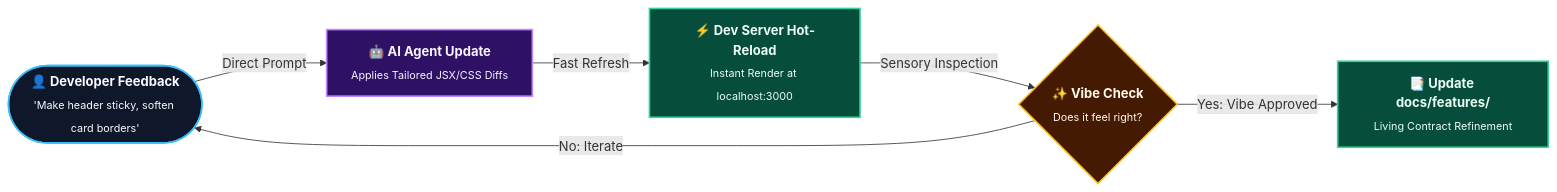
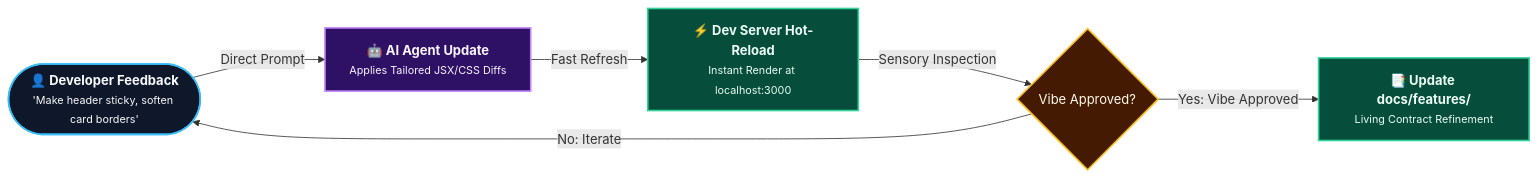
Before and after one commit to rmsofficialsyt/Agentic-AI-Vibe-Coding-AND-SDD-TDD-Codebase-Chandan-Adhikary: the second of 3 diagrams in Vibe-Coding-Chandan-Adhikary/Vibe-Coding/README.md, drawn with Mermaid. The commit also changed other lines of this file and 27 other files, not shown here.

Commit message:
docs: resolve text overlap and scattering across all diagrams via semantic typography and layout contracts

````diff
--- a/Vibe-Coding-Chandan-Adhikary/Vibe-Coding/README.md
+++ b/Vibe-Coding-Chandan-Adhikary/Vibe-Coding/README.md
@@ -92,13 +92,13 @@
 ```mermaid
 flowchart LR
     classDef dev fill:#0f172a,stroke:#38bdf8,stroke-width:2px,color:#f8fafc;
     classDef agent fill:#2e1065,stroke:#c084fc,stroke-width:2px,color:#faf5ff;
     classDef ui fill:#064e3b,stroke:#34d399,stroke-width:2px,color:#ecfdf5;
     classDef gate fill:#451a03,stroke:#fbbf24,stroke-width:2px,color:#fffbeb;
 
-    DevFeedback(["<b>👤 Developer Feedback</b><br/><sub>'Make header sticky, soften card borders'</sub>"]):::dev -->|"Direct Prompt"| AgentCode["<b>🤖 AI Agent Update</b><br/><sub>Applies Tailored JSX/CSS Diffs</sub>"]:::agent
-    AgentCode -->|"Fast Refresh"| HotReloadUI["<b>⚡ Dev Server Hot-Reload</b><br/><sub>Instant Render at localhost:3000</sub>"]:::ui
-    HotReloadUI -->|"Sensory Inspection"| SensoryCheck{"<b>✨ Vibe Check</b><br/><sub>Does it feel right?</sub>"}:::gate
-    SensoryCheck -->|"Yes: Vibe Approved"| LivingDoc["<b>📑 Update docs/features/</b><br/><sub>Living Contract Refinement</sub>"]:::ui
+    DevFeedback(["<b>👤 Developer Feedback</b><br/><small>'Make header sticky, soften card borders'</small>"]):::dev -->|"Direct Prompt"| AgentCode["<b>🤖 AI Agent Update</b><br/><small>Applies Tailored JSX/CSS Diffs</small>"]:::agent
+    AgentCode -->|"Fast Refresh"| HotReloadUI["<b>⚡ Dev Server Hot-Reload</b><br/><small>Instant Render at localhost:3000</small>"]:::ui
+    HotReloadUI -->|"Sensory Inspection"| SensoryCheck{"Vibe Approved?"}:::gate
+    SensoryCheck -->|"Yes: Vibe Approved"| LivingDoc["<b>📑 Update docs/features/</b><br/><small>Living Contract Refinement</small>"]:::ui
     SensoryCheck -->|"No: Iterate"| DevFeedback
 ```
````
